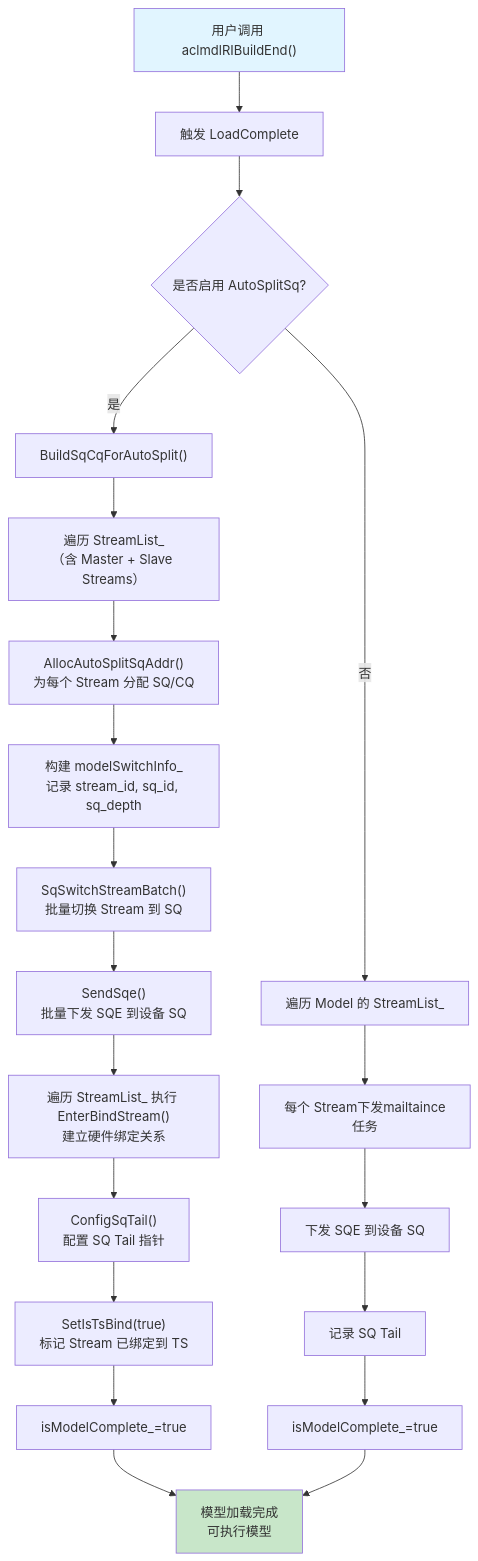
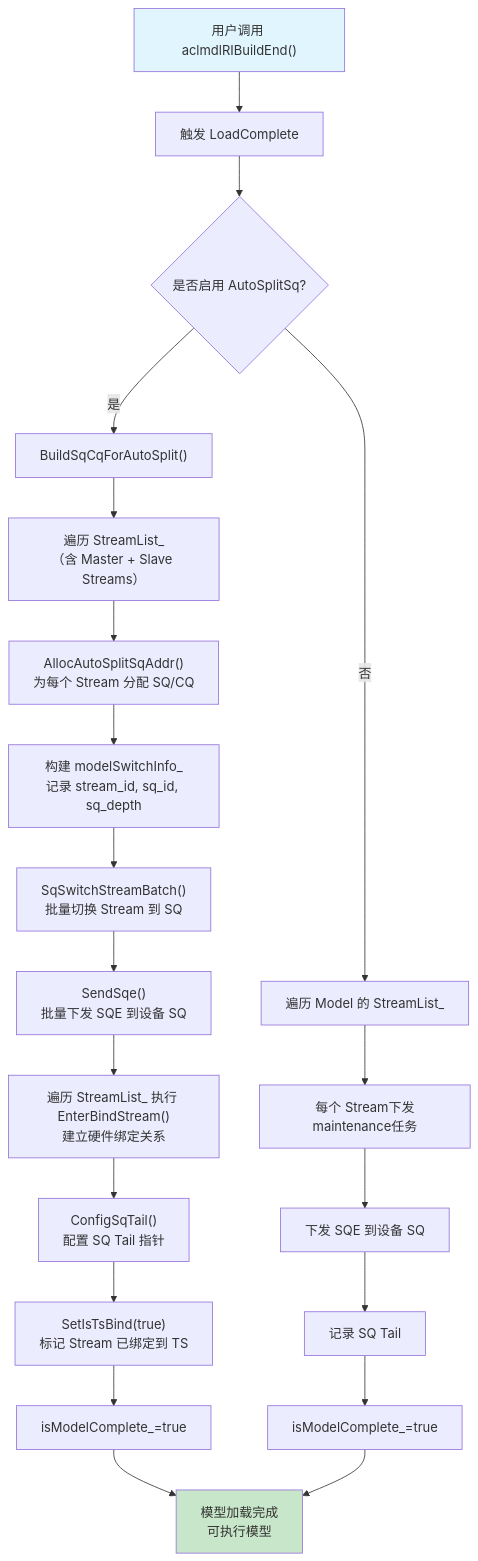
Before and after one commit to 18liumin/runtime: diagram 13 of 21 in docs/zh/design/modules/model/model.md, drawn with Mermaid. The commit also changed other lines of this file and 2 other files, not shown here.

First paragraph of the commit message:
[PR]: docs: 修复 install_deps.sh 和 model.md 中的拼写错误

````diff
--- a/docs/zh/design/modules/model/model.md
+++ b/docs/zh/design/modules/model/model.md
@@ -727,30 +727,30 @@
 ```mermaid
 flowchart TD
     A["用户调用 aclmdlRIBuildEnd()"] --> B["触发 LoadComplete"]
     
     B --> C{"是否启用 AutoSplitSq?"}
     
     %% AutoSplit 路径（详细流程）
     C -->|是| D1["BuildSqCqForAutoSplit()"]
     D1 --> E1["遍历 StreamList_<br/>（含 Master + Slave Streams）"]
     E1 --> F1["AllocAutoSplitSqAddr()<br/>为每个 Stream 分配 SQ/CQ"]
     F1 --> G1["构建 modelSwitchInfo_<br/>记录 stream_id, sq_id, sq_depth"]
     G1 --> H1["SqSwitchStreamBatch()<br/>批量切换 Stream 到 SQ"]
     H1 --> I1["SendSqe()<br/>批量下发 SQE 到设备 SQ"]
     I1 --> J1["遍历 StreamList_ 执行 EnterBindStream()<br/>建立硬件绑定关系"]
     J1 --> K1["ConfigSqTail()<br/>配置 SQ Tail 指针"]
     K1 --> L1["SetIsTsBind(true)<br/>标记 Stream 已绑定到 TS"]
     L1 --> M1["isModelComplete_=true"]
     M1 --> P["模型加载完成<br/>可执行模型"]
     
     %% 非 AutoSplit 路径
     C -->|否| D2["遍历 Model 的 StreamList_"]
-    D2 --> E2["每个 Stream下发mailtaince任务"]
+    D2 --> E2["每个 Stream下发maintenance任务"]
     E2 --> G2["下发 SQE 到设备 SQ"]
     G2 --> I2["记录 SQ Tail"]
     I2 --> M2["isModelComplete_=true"]
     M2 --> P
     
     style A fill:#e1f5ff
     style P fill:#c8e6c9
 ```
````
